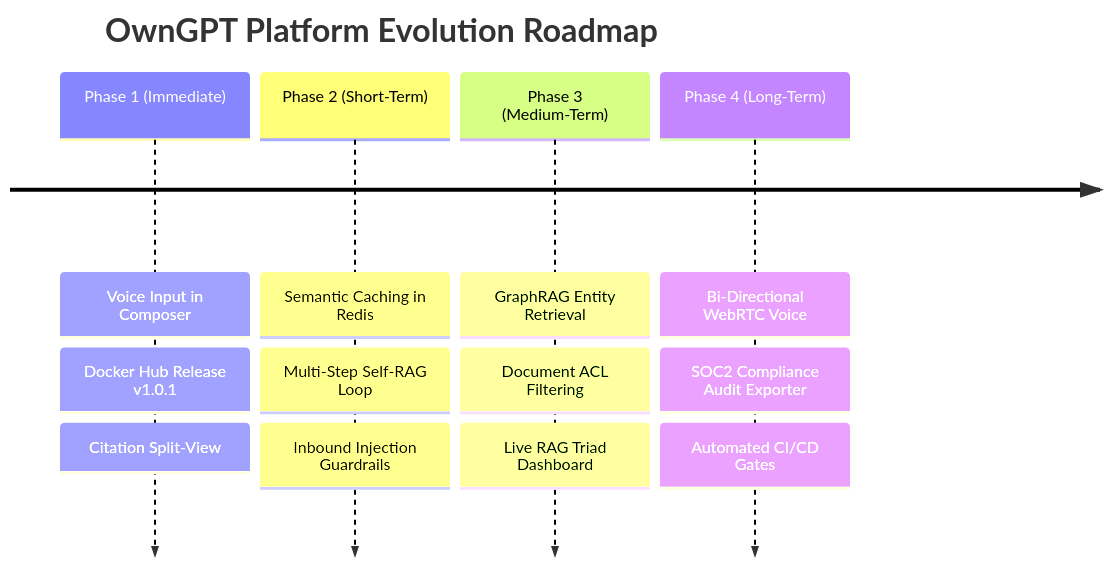
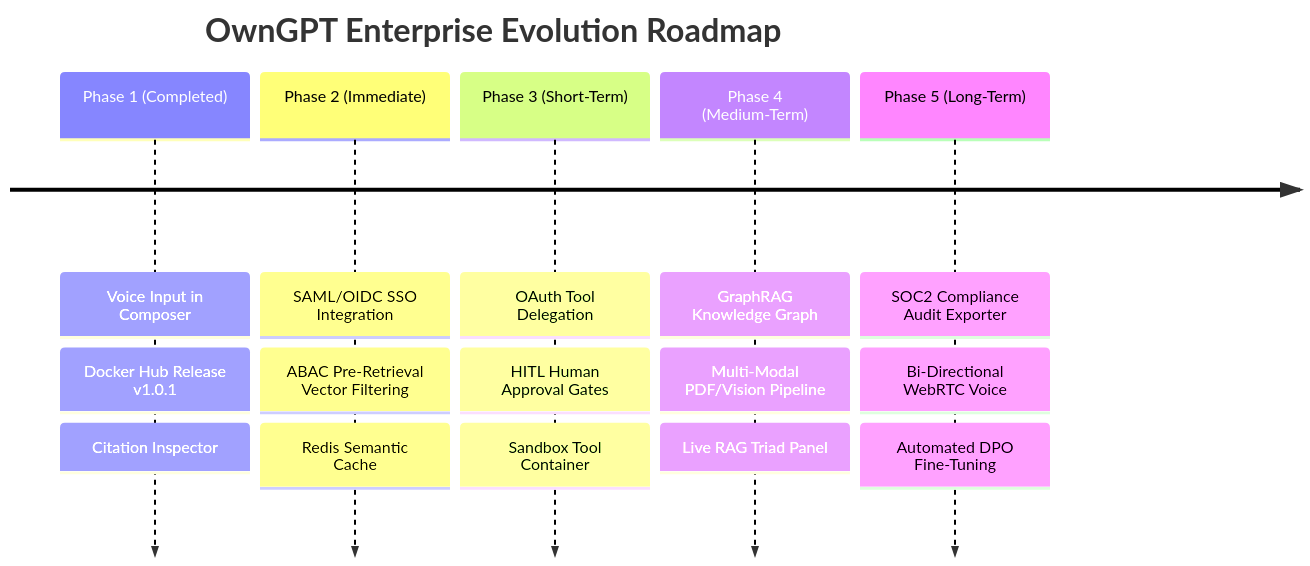
Before and after one commit to lightsspeed/own-gpt: the diagram in plan/rag_architecture_roadmap.md, drawn with Mermaid. The commit also changed other lines of this file, not shown here.

Commit message:
docs(plan): expand roadmap with enterprise IAM, ABAC document security, and tool sandboxing

````diff
--- a/plan/rag_architecture_roadmap.md
+++ b/plan/rag_architecture_roadmap.md
@@ -96,8 +112,9 @@
 ```mermaid
 timeline
-    title OwnGPT Platform Evolution Roadmap
-    Phase 1 (Immediate) : Voice Input in Composer : Docker Hub Release v1.0.1 : Citation Split-View
-    Phase 2 (Short-Term) : Semantic Caching in Redis : Multi-Step Self-RAG Loop : Inbound Injection Guardrails
-    Phase 3 (Medium-Term) : GraphRAG Entity Retrieval : Document ACL Filtering : Live RAG Triad Dashboard
-    Phase 4 (Long-Term) : Bi-Directional WebRTC Voice : SOC2 Compliance Audit Exporter : Automated CI/CD Gates
+    title OwnGPT Enterprise Evolution Roadmap
+    Phase 1 (Completed) : Voice Input in Composer : Docker Hub Release v1.0.1 : Citation Inspector
+    Phase 2 (Immediate) : SAML/OIDC SSO Integration : ABAC Pre-Retrieval Vector Filtering : Redis Semantic Cache
+    Phase 3 (Short-Term) : OAuth Tool Delegation : HITL Human Approval Gates : Sandbox Tool Container
+    Phase 4 (Medium-Term): GraphRAG Knowledge Graph : Multi-Modal PDF/Vision Pipeline : Live RAG Triad Panel
+    Phase 5 (Long-Term) : SOC2 Compliance Audit Exporter : Bi-Directional WebRTC Voice : Automated DPO Fine-Tuning
 ```
````
